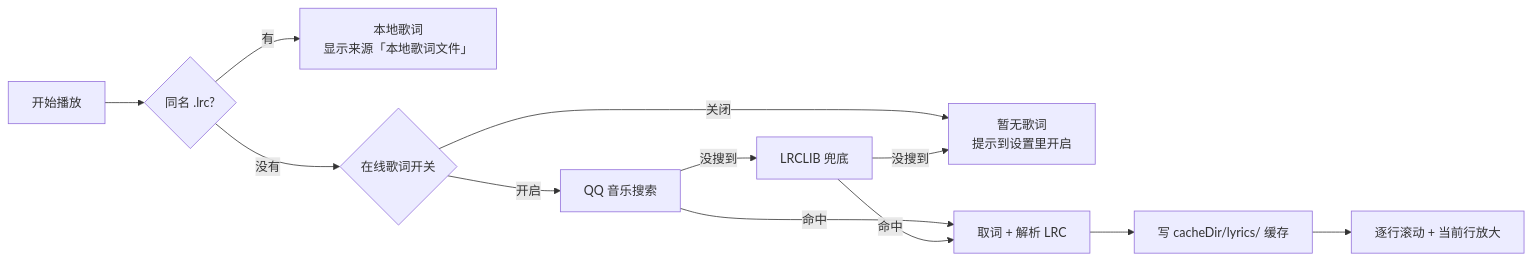
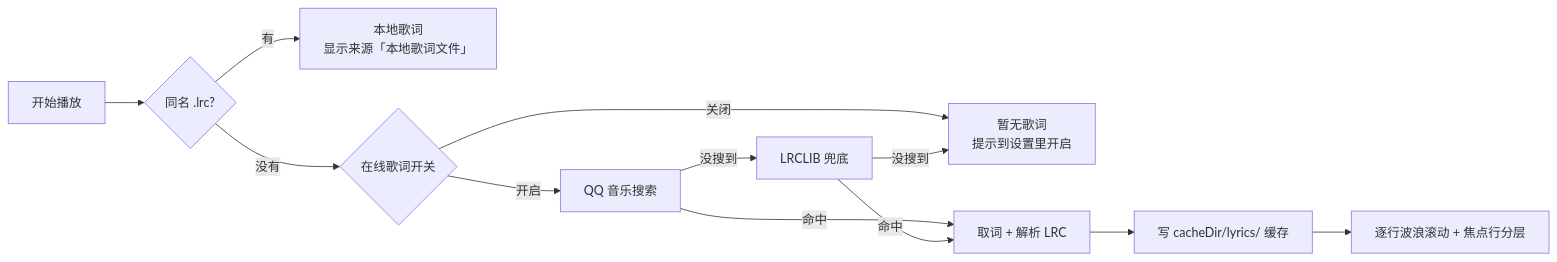
The first of 2 diagrams in README.md (Sanye223/Melody-Retro), drawn with Mermaid before and after one commit. The commit also changed other lines of this file and 9 other files, not shown here.

````diff
--- a/README.md
+++ b/README.md
@@ -72,14 +73,14 @@
 ```mermaid
 flowchart LR
     A[开始播放] --> B{同名 .lrc?}
     B -->|有| C[本地歌词<br/>显示来源「本地歌词文件」]
     B -->|没有| D{在线歌词开关}
     D -->|关闭| E[暂无歌词<br/>提示到设置里开启]
     D -->|开启| F[QQ 音乐搜索]
     F -->|命中| G[取词 + 解析 LRC]
     F -->|没搜到| H[LRCLIB 兜底]
     H -->|命中| G
     H -->|没搜到| E
     G --> I[写 cacheDir/lyrics/ 缓存]
-    I --> J[逐行滚动 + 当前行放大]
+    I --> J[逐行波浪滚动 + 焦点行分层]
 ```
````
